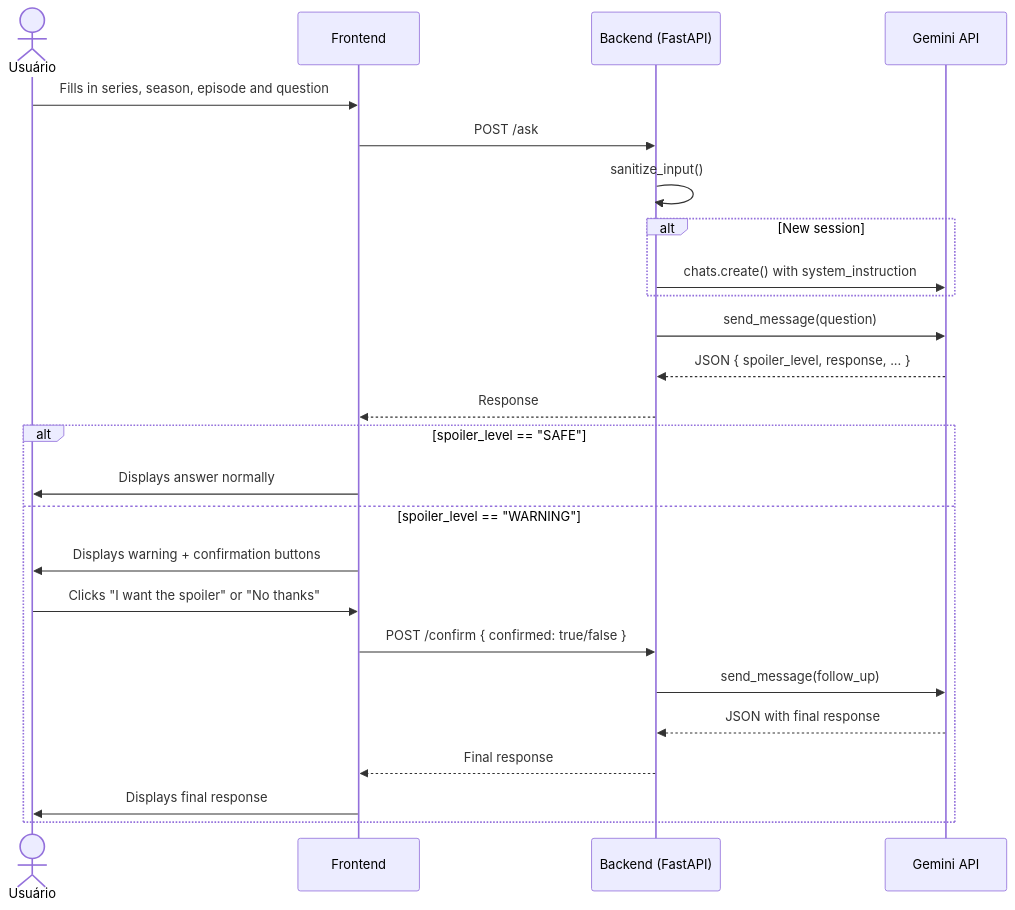
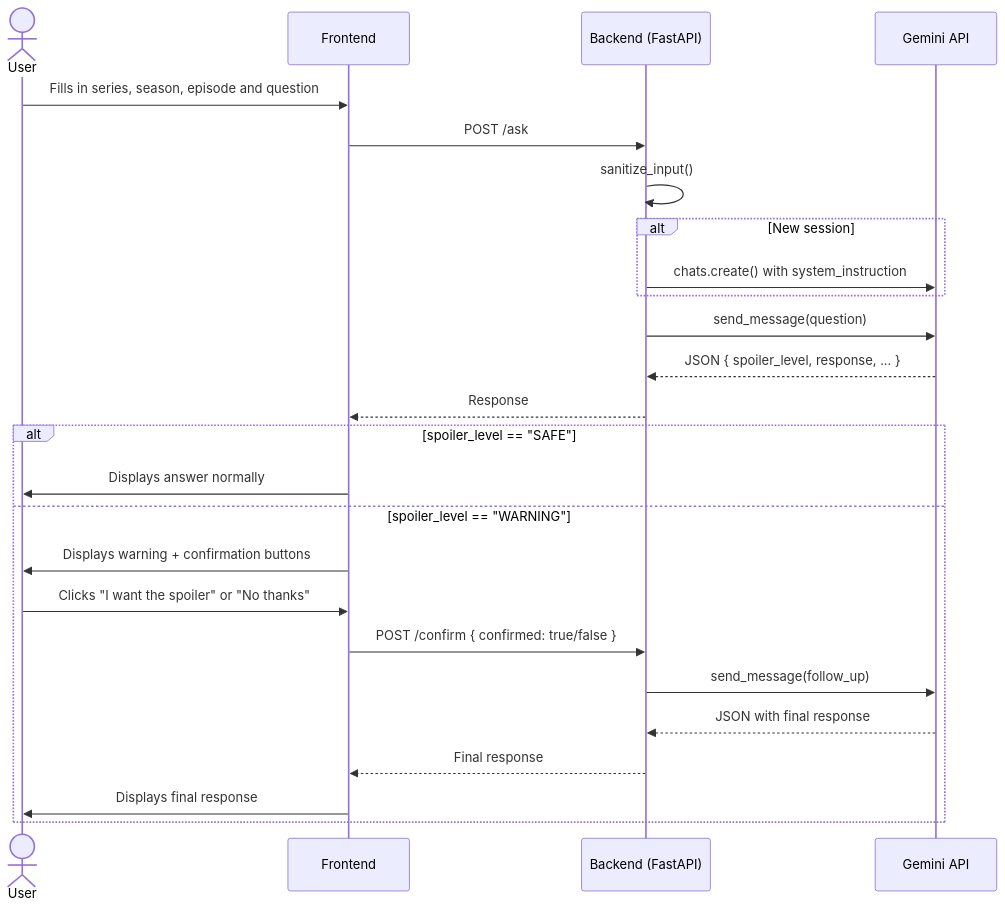
The diagram in README.md (amrdomenico/SpoilerGuard), drawn with Mermaid before and after one commit.

Commit message:
Update mermaid README.md

````diff
--- a/README.md
+++ b/README.md
@@ -11,29 +11,29 @@
 ```mermaid
 sequenceDiagram
-    actor U as Usuário
+    actor U as User
     participant F as Frontend
     participant B as Backend (FastAPI)
     participant G as Gemini API
 
     U->>F: Fills in series, season, episode and question
     F->>B: POST /ask
     B->>B: sanitize_input()
     alt New session
         B->>G: chats.create() with system_instruction
     end
     B->>G: send_message(question)
     G-->>B: JSON { spoiler_level, response, ... }
     B-->>F: Response
 
     alt spoiler_level == "SAFE"
         F->>U: Displays answer normally
     else spoiler_level == "WARNING"
         F->>U: Displays warning + confirmation buttons
         U->>F: Clicks "I want the spoiler" or "No thanks"
         F->>B: POST /confirm { confirmed: true/false }
         B->>G: send_message(follow_up)
         G-->>B: JSON with final response
         B-->>F: Final response
         F->>U: Displays final response
     end
 ```
````
